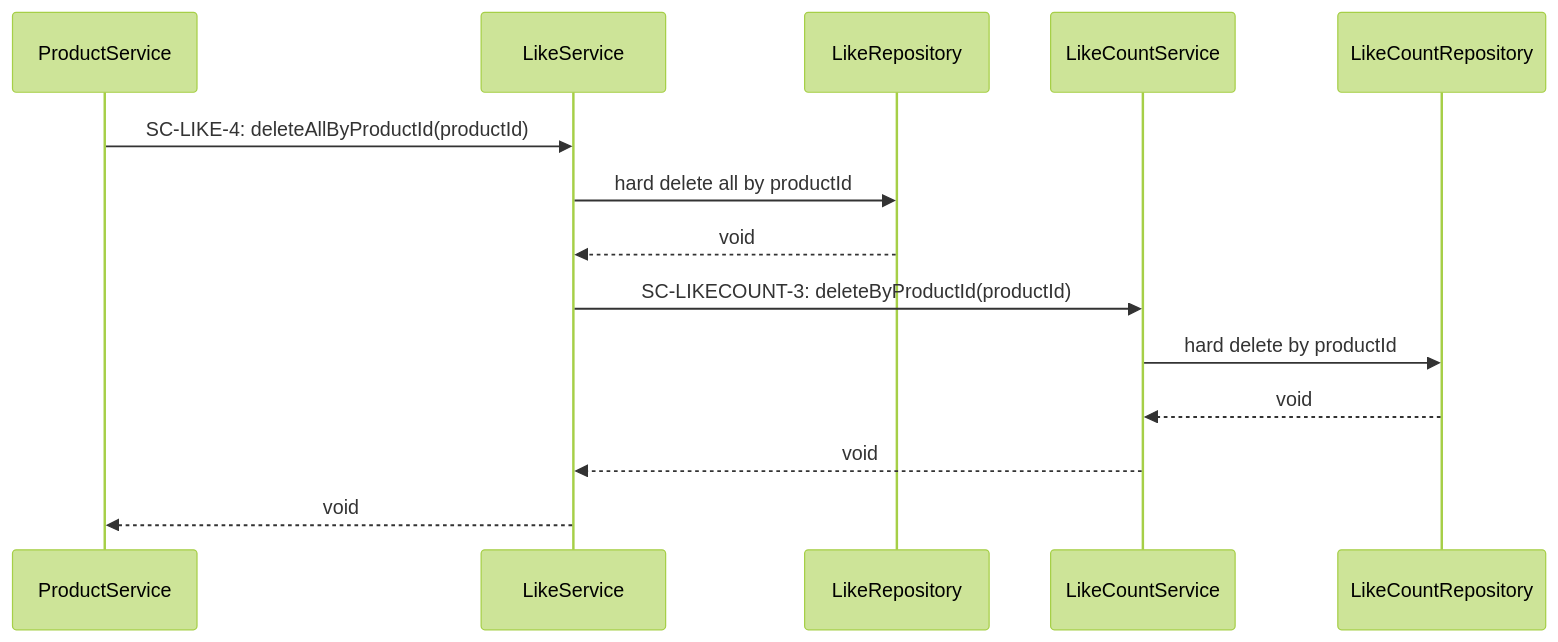
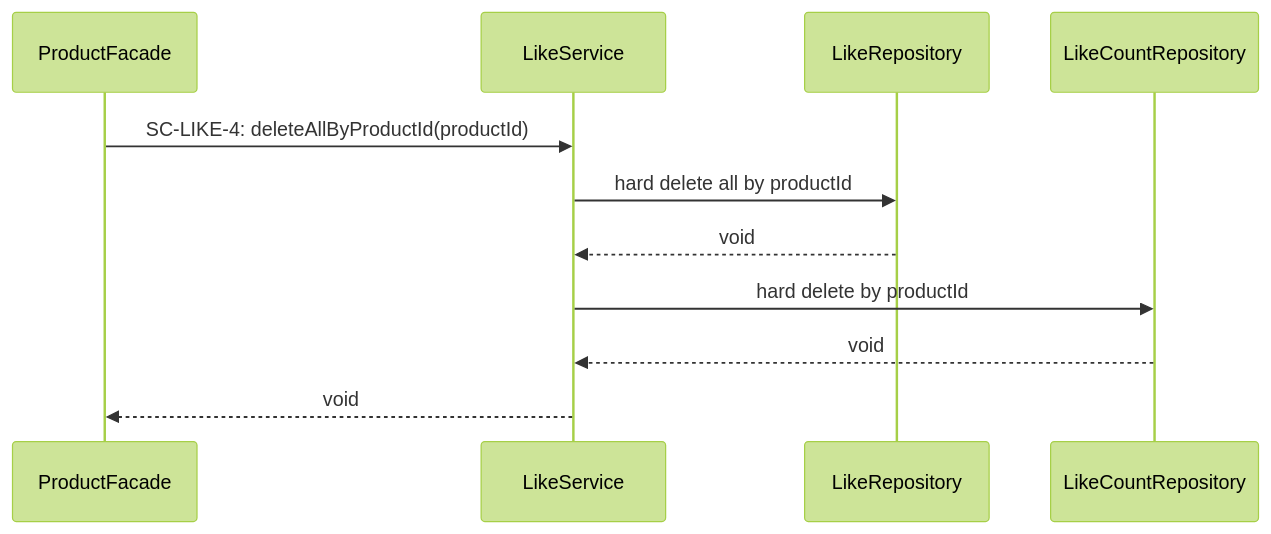
Before and after one commit to loopers-labs/loop-pack-be-l2-vol4-kotlin: diagram 28 of 38 in docs/02-sequence-diagrams.md, drawn with Mermaid (forest theme). The commit also changed other lines of this file and 3 other files, not shown here.

````diff
--- a/docs/02-sequence-diagrams.md
+++ b/docs/02-sequence-diagrams.md
@@ -866,17 +835,14 @@
 ```mermaid
 sequenceDiagram
-    participant ProductService as ProductService
+    participant ProductFacade as ProductFacade
     participant Service as LikeService
     participant LikeRepo as LikeRepository
-    participant LikeCountService as LikeCountService
     participant LikeCountRepo as LikeCountRepository
 
-    ProductService->>Service: SC-LIKE-4: deleteAllByProductId(productId)
+    ProductFacade->>Service: SC-LIKE-4: deleteAllByProductId(productId)
     Service->>LikeRepo: hard delete all by productId
     LikeRepo-->>Service: void
-    Service->>LikeCountService: SC-LIKECOUNT-3: deleteByProductId(productId)
-    LikeCountService->>LikeCountRepo: hard delete by productId
-    LikeCountRepo-->>LikeCountService: void
-    LikeCountService-->>Service: void
-    Service-->>ProductService: void
+    Service->>LikeCountRepo: hard delete by productId
+    LikeCountRepo-->>Service: void
+    Service-->>ProductFacade: void
 ```
````
